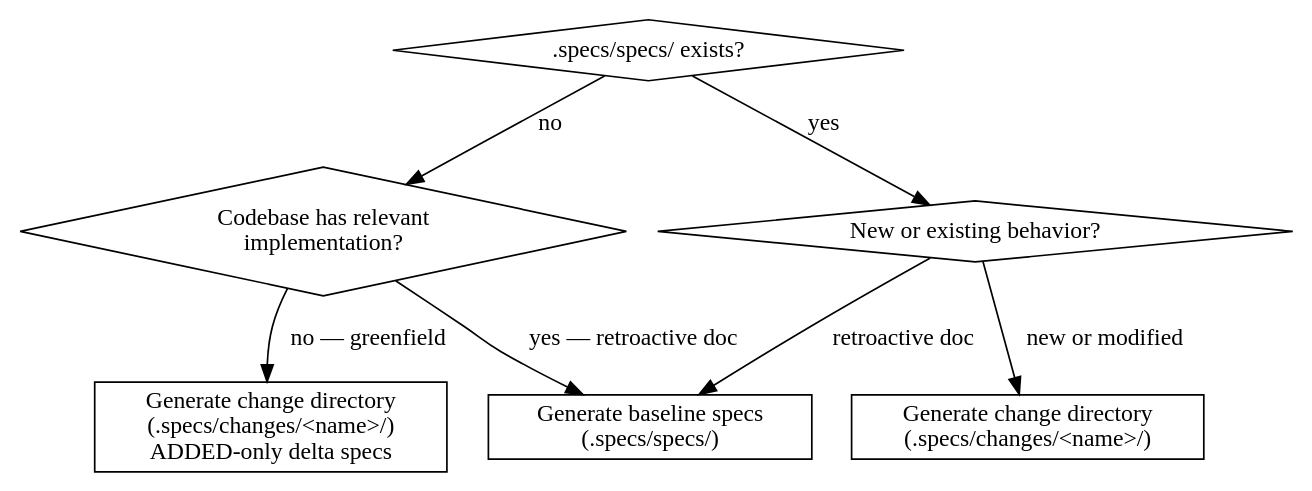
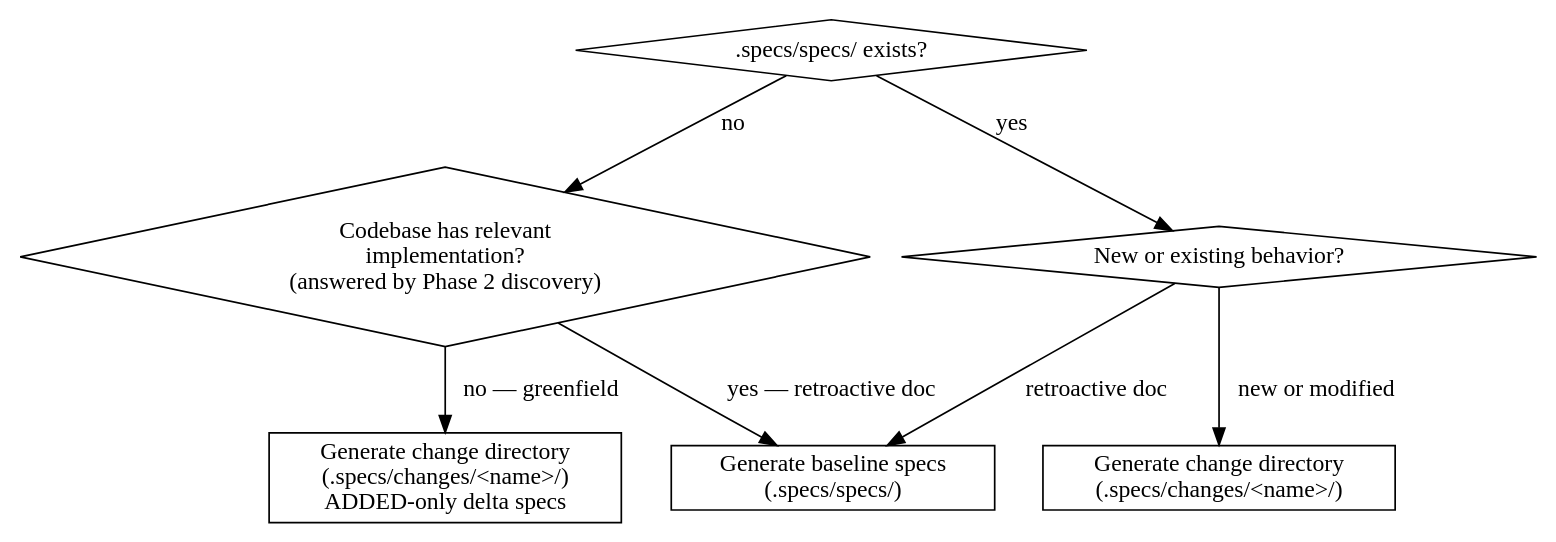
One commit to ahgraber/skills changed the diagram in skills/sdd-derive/references/sdd-derive-output-type.dot. Above: the diagram before and after it, drawn with Graphviz. The commit also changed 16 other files, not shown here.

First line of the commit message:
feat(sdd-derive): optimize instructions and flow

```diff
--- a/skills/sdd-derive/references/sdd-derive-output-type.dot
+++ b/skills/sdd-derive/references/sdd-derive-output-type.dot
@@ -1,20 +1,20 @@
 digraph output_type {
     // Decision tree for sdd-derive output type
     // WHEN: Determining whether to generate change directory or baseline specs
     // KEY INVARIANT: .specs/specs/ only documents implemented behavior.
     // Greenfield projects (no code) always use a change directory.
 
     ".specs/specs/ exists?" [shape=diamond];
-    "Codebase has relevant\nimplementation?" [shape=diamond];
+    "Codebase has relevant\nimplementation?\n(answered by Phase 2 discovery)" [shape=diamond];
     "New or existing behavior?" [shape=diamond];
     "Generate change directory\n(.specs/changes/<name>/)\nADDED-only delta specs" [shape=box];
     "Generate change directory\n(.specs/changes/<name>/)" [shape=box];
     "Generate baseline specs\n(.specs/specs/)" [shape=box];
 
-    ".specs/specs/ exists?" -> "Codebase has relevant\nimplementation?" [label="no"];
-    "Codebase has relevant\nimplementation?" -> "Generate baseline specs\n(.specs/specs/)" [label="yes — retroactive doc"];
-    "Codebase has relevant\nimplementation?" -> "Generate change directory\n(.specs/changes/<name>/)\nADDED-only delta specs" [label="no — greenfield"];
+    ".specs/specs/ exists?" -> "Codebase has relevant\nimplementation?\n(answered by Phase 2 discovery)" [label="no"];
+    "Codebase has relevant\nimplementation?\n(answered by Phase 2 discovery)" -> "Generate baseline specs\n(.specs/specs/)" [label="yes — retroactive doc"];
+    "Codebase has relevant\nimplementation?\n(answered by Phase 2 discovery)" -> "Generate change directory\n(.specs/changes/<name>/)\nADDED-only delta specs" [label="no — greenfield"];
     ".specs/specs/ exists?" -> "New or existing behavior?" [label="yes"];
     "New or existing behavior?" -> "Generate change directory\n(.specs/changes/<name>/)" [label="new or modified"];
     "New or existing behavior?" -> "Generate baseline specs\n(.specs/specs/)" [label="retroactive doc"];
 }
```
